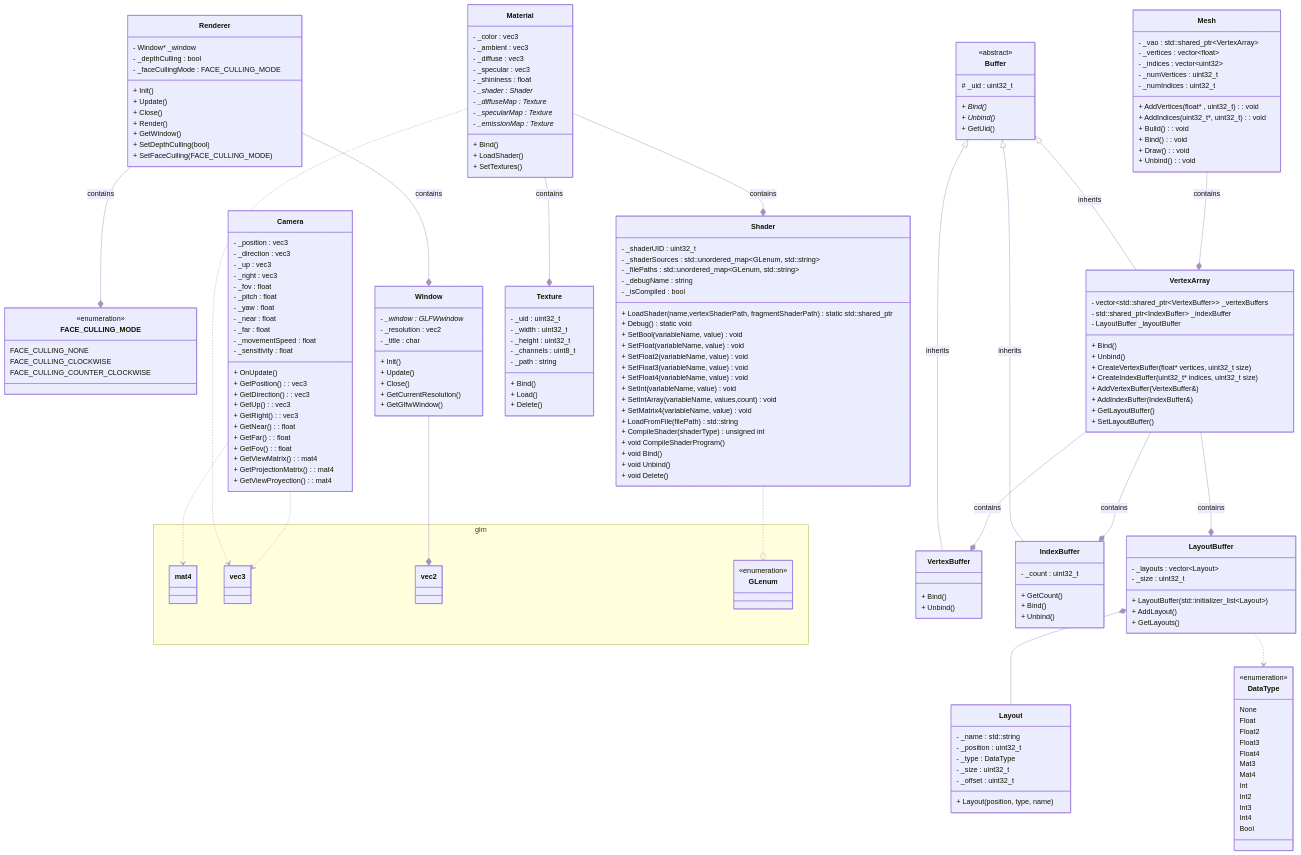
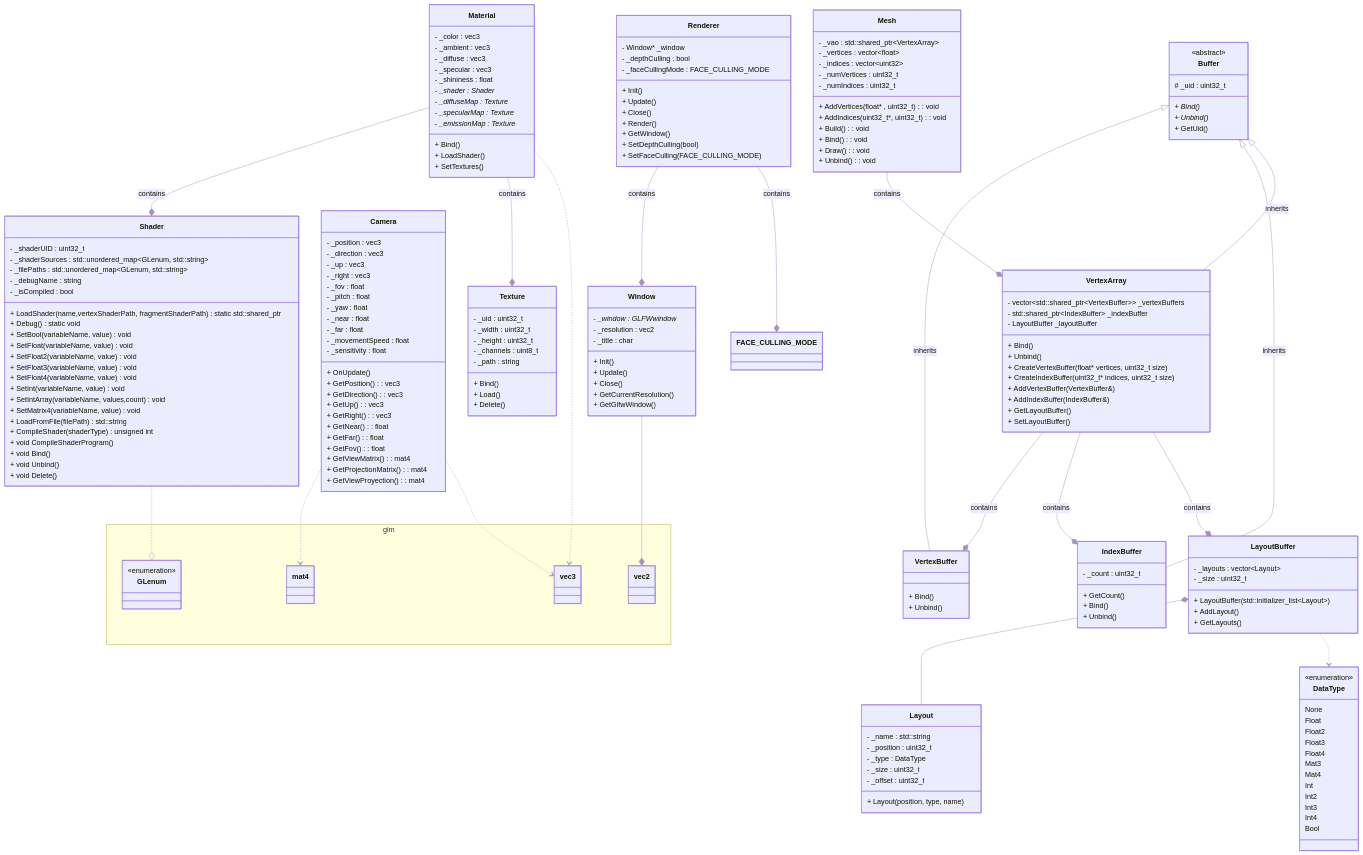
One commit to kupehtci/Cometa changed the diagram in diagrams/cometa_render.mermaid. Above: the diagram before and after it, drawn with Mermaid. The commit also changed 5 other files, not shown here.

```diff
--- a/diagrams/cometa_render.mermaid
+++ b/diagrams/cometa_render.mermaid
@@ -19,13 +19,6 @@
 
 classDiagram
     direction TB
-
-    class FACE_CULLING_MODE{
-         <<enumeration>>
-        FACE_CULLING_NONE
-        FACE_CULLING_CLOCKWISE
-        FACE_CULLING_COUNTER_CLOCKWISE
-    }
     class Renderer {
         - Window* _window
         - _depthCulling : bool
```
